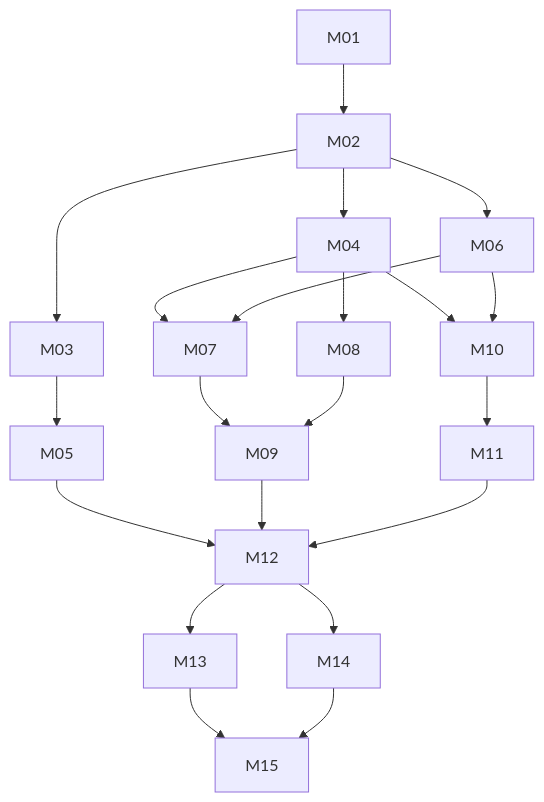
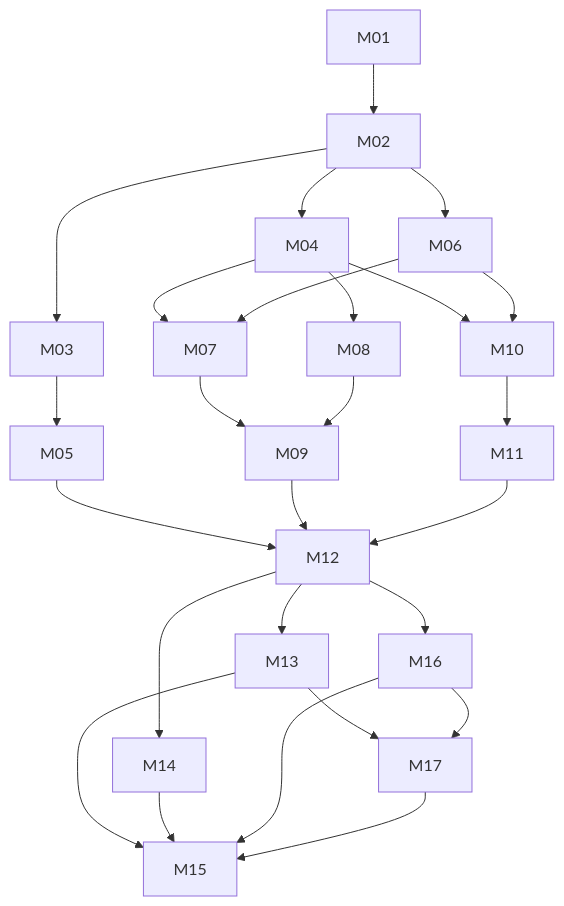
Before and after one commit to KomplexMojo/NordicAim: the diagram in docs/milestones/README.md, drawn with Mermaid. The commit also changed other lines of this file and 5 other files, not shown here.

````diff
--- a/docs/milestones/README.md
+++ b/docs/milestones/README.md
@@ -31,22 +33,27 @@
 ```mermaid
 flowchart TD
   M01 --> M02
   M02 --> M03 --> M05
   M02 --> M04
   M02 --> M06
   M04 --> M07
   M06 --> M07
   M04 --> M08
   M07 --> M09
   M08 --> M09
   M04 --> M10
   M06 --> M10
   M10 --> M11
   M05 --> M12
   M09 --> M12
   M11 --> M12
   M12 --> M13
   M12 --> M14
+  M12 --> M16
+  M13 --> M17
+  M16 --> M17
   M13 --> M15
   M14 --> M15
+  M16 --> M15
+  M17 --> M15
 ```
````
